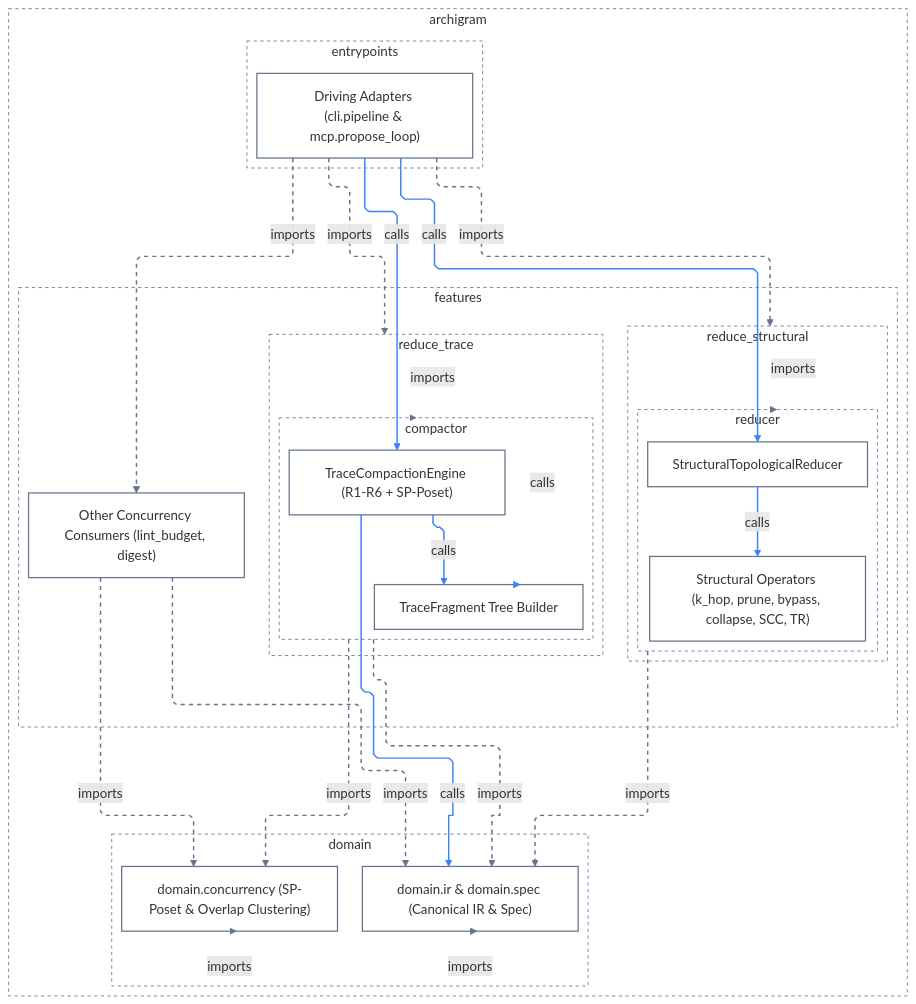
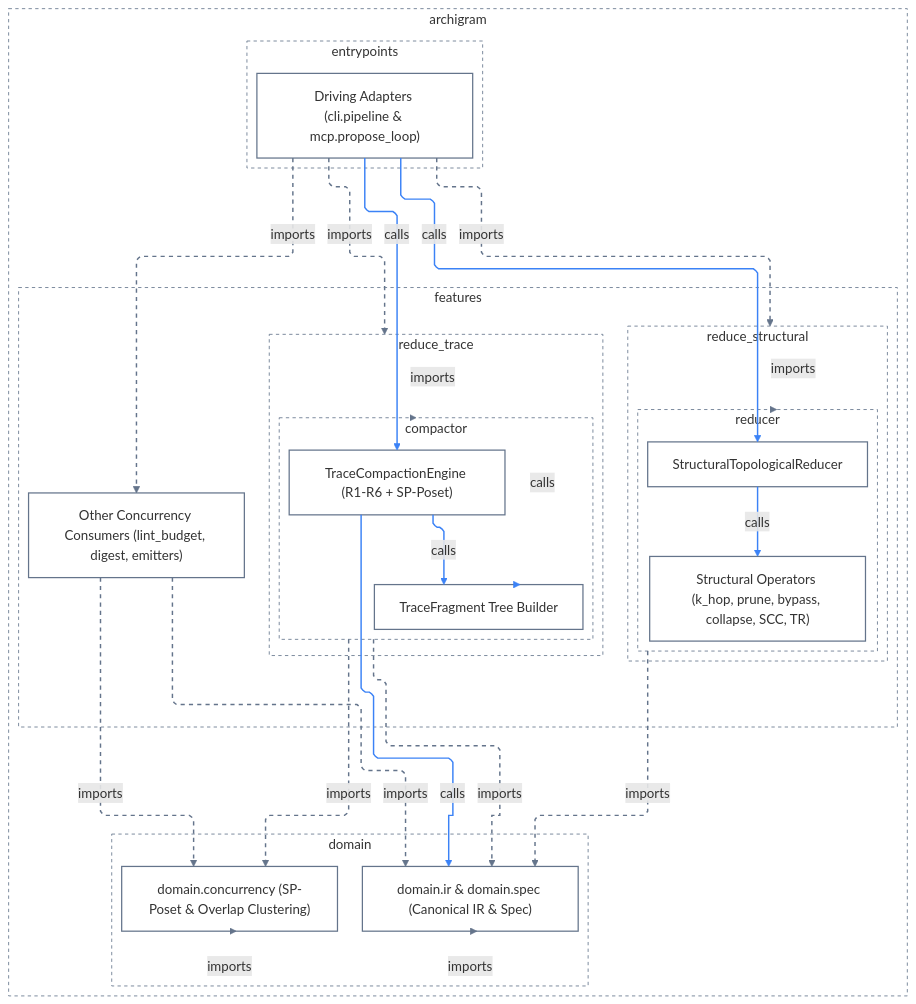
One commit to klcd/archigram changed the diagram in docs/architecture/diagrams/l2b_reduction_engine_mermaid.mmd. Above: the diagram before and after it, drawn with Mermaid. The commit also changed 12 other files, not shown here.

Commit message:
fix(emit_mermaid): enforce causal trace order and guards

```diff
--- a/docs/architecture/diagrams/l2b_reduction_engine_mermaid.mmd
+++ b/docs/architecture/diagrams/l2b_reduction_engine_mermaid.mmd
@@ -1,64 +1,64 @@
 ---
 config:
   layout: elk
   elk:
     mergeEdges: false
     nodePlacementStrategy: BRANDES_KOEPF
   flowchart:
     defaultRenderer: elk
     curve: linear
 ---
 flowchart TD
   classDef default fill:transparent,stroke:#64748b,stroke-width:1.5px
   subgraph n0["archigram"]
     subgraph n1["domain"]
       n9["domain.concurrency (SP-Poset & Overlap Clustering)"]
       n10["domain.ir & domain.spec (Canonical IR & Spec)"]
     end
     subgraph n2["entrypoints"]
       n11["Driving Adapters (cli.pipeline & mcp.propose_loop)"]
     end
     subgraph n3["features"]
       subgraph n4["reduce_structural"]
         subgraph n5["reducer"]
           n12["StructuralTopologicalReducer"]
           n13["Structural Operators (k_hop, prune, bypass, collapse, SCC, TR)"]
         end
       end
       subgraph n6["reduce_trace"]
         subgraph n7["compactor"]
           n14["TraceCompactionEngine (R1-R6 + SP-Poset)"]
           n15["TraceFragment Tree Builder"]
         end
       end
-      n8["Other Concurrency Consumers (lint_budget, digest)"]
+      n8["Other Concurrency Consumers (lint_budget, digest, emitters)"]
     end
   end
   style n0 fill:transparent,stroke:#64748b,stroke-width:1px,stroke-dasharray:4 4
   style n1 fill:transparent,stroke:#64748b,stroke-width:1px,stroke-dasharray:4 4
   style n2 fill:transparent,stroke:#64748b,stroke-width:1px,stroke-dasharray:4 4
   style n3 fill:transparent,stroke:#64748b,stroke-width:1px,stroke-dasharray:4 4
   style n4 fill:transparent,stroke:#64748b,stroke-width:1px,stroke-dasharray:4 4
   style n5 fill:transparent,stroke:#64748b,stroke-width:1px,stroke-dasharray:4 4
   style n6 fill:transparent,stroke:#64748b,stroke-width:1px,stroke-dasharray:4 4
   style n7 fill:transparent,stroke:#64748b,stroke-width:1px,stroke-dasharray:4 4
   n11 -.->|"imports"| n4
   n11 -.->|"imports"| n6
   n7 -.->|"imports"| n9
   n9 -.->|"imports"| n1
   n14 -->|"calls"| n10
   n5 -.->|"imports"| n10
   n7 -.->|"imports"| n10
   n10 -.->|"imports"| n1
   n8 -.->|"imports"| n9
   n8 -.->|"imports"| n10
   n11 -.->|"imports"| n8
   n11 -->|"calls"| n12
   n12 -->|"calls"| n13
   n11 -->|"calls"| n14
   n14 -->|"calls"| n15
   n7 -->|"calls"| n15
   n4 -.->|"imports"| n5
   n6 -.->|"imports"| n7
   linkStyle 0,1,2,3,5,6,7,8,9,10,16,17 stroke:#64748b,stroke-width:1.75px,stroke-dasharray:5 5
   linkStyle 4,11,12,13,14,15 stroke:#3b82f6,stroke-width:1.75px
```
